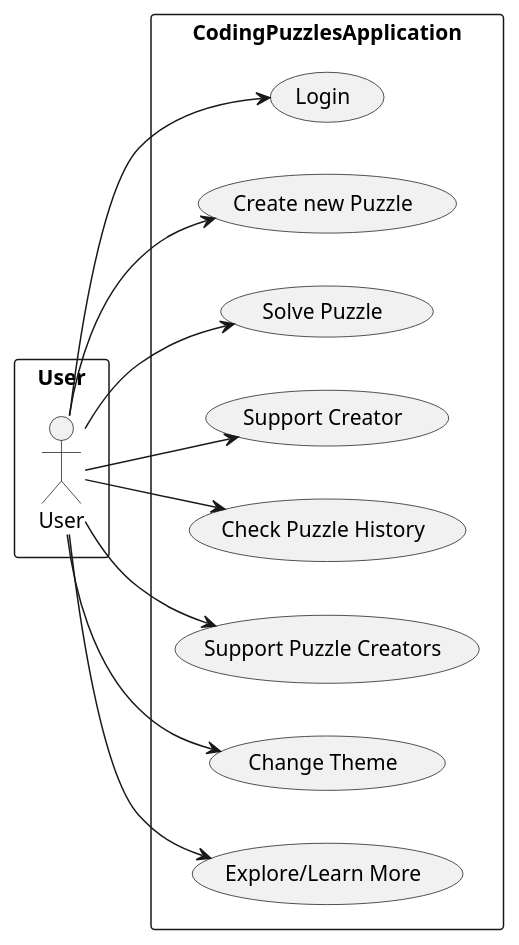
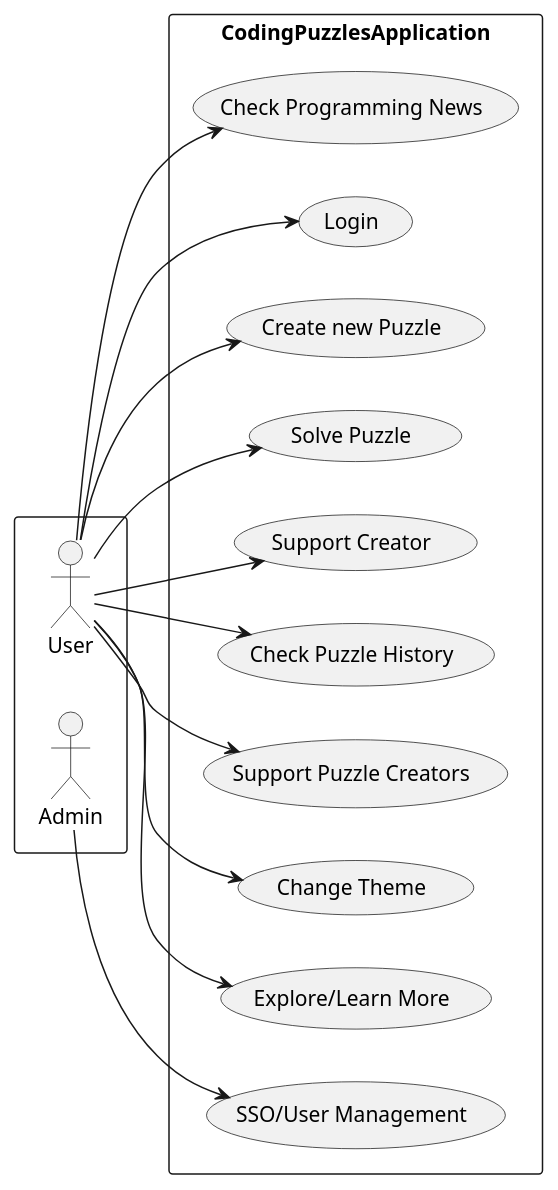
Before and after one commit to duartecaldascardoso/Coding.com: the diagram in SpringBootApplication/codingpuzzles-backend/SoftwareDesign/UseCaseDiagram.puml, drawn with PlantUML.

Commit message:
More updates to the use case diagram and adding a new agent

```diff
--- a/SpringBootApplication/codingpuzzles-backend/SoftwareDesign/UseCaseDiagram.puml
+++ b/SpringBootApplication/codingpuzzles-backend/SoftwareDesign/UseCaseDiagram.puml
@@ -1,25 +1,30 @@
 @startuml
 'https://plantuml.com/use-case-diagram
 left to right direction
-rectangle User{
+rectangle {
     :User: as U
+    :Admin: as Admin
 }
 rectangle CodingPuzzlesApplication{
     (Login) as L
     (Create new Puzzle) as CP
     (Solve Puzzle) as SP
     (Support Creator) as SC
     (Check Puzzle History) as CPH
     (Support Puzzle Creators) as SPC
     (Change Theme) as CT
     (Explore/Learn More) as ELM
+    (SSO/User Management) as UM
+    (Check Programming News) as PN
 }
 U --> L
 U --> CP
 U --> SP
 U --> SC
 U --> CPH
 U --> SPC
 U --> CT
 U --> ELM
+U --> PN
+Admin --> UM
 @enduml
```
